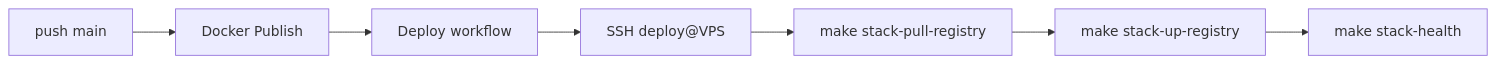
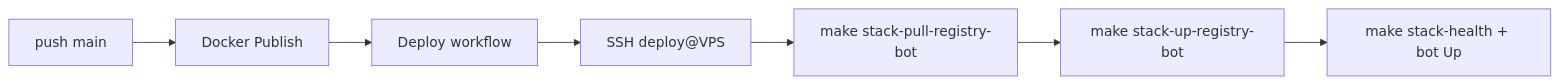
The diagram in devops/deploy/README.md (zatulik2606/diaai), drawn with Mermaid before and after one commit. The commit also changed other lines of this file and 2 other files, not shown here.

Commit message:
Include Telegram bot in production CD deploy.
Deploy workflow pulls and starts the bot profile with correct BACKEND_URL on host-network backend.

````diff
--- a/devops/deploy/README.md
+++ b/devops/deploy/README.md
@@ -213,9 +213,9 @@
 ```mermaid
 flowchart LR
   push[push main] --> publish[Docker Publish]
   publish --> deploy[Deploy workflow]
   deploy --> ssh[SSH deploy@VPS]
-  ssh --> pull[make stack-pull-registry]
-  pull --> up[make stack-up-registry]
-  up --> health[make stack-health]
+  ssh --> pull[make stack-pull-registry-bot]
+  pull --> up[make stack-up-registry-bot]
+  up --> health[make stack-health + bot Up]
 ```
````
